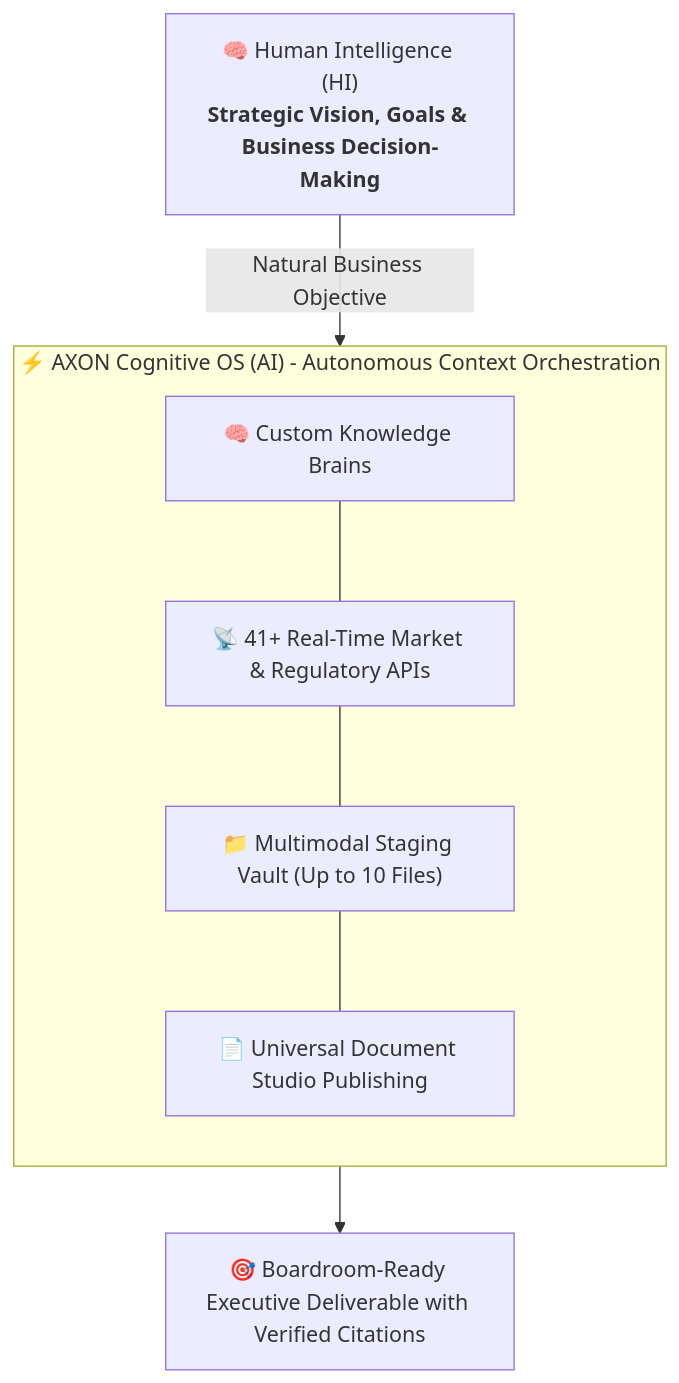
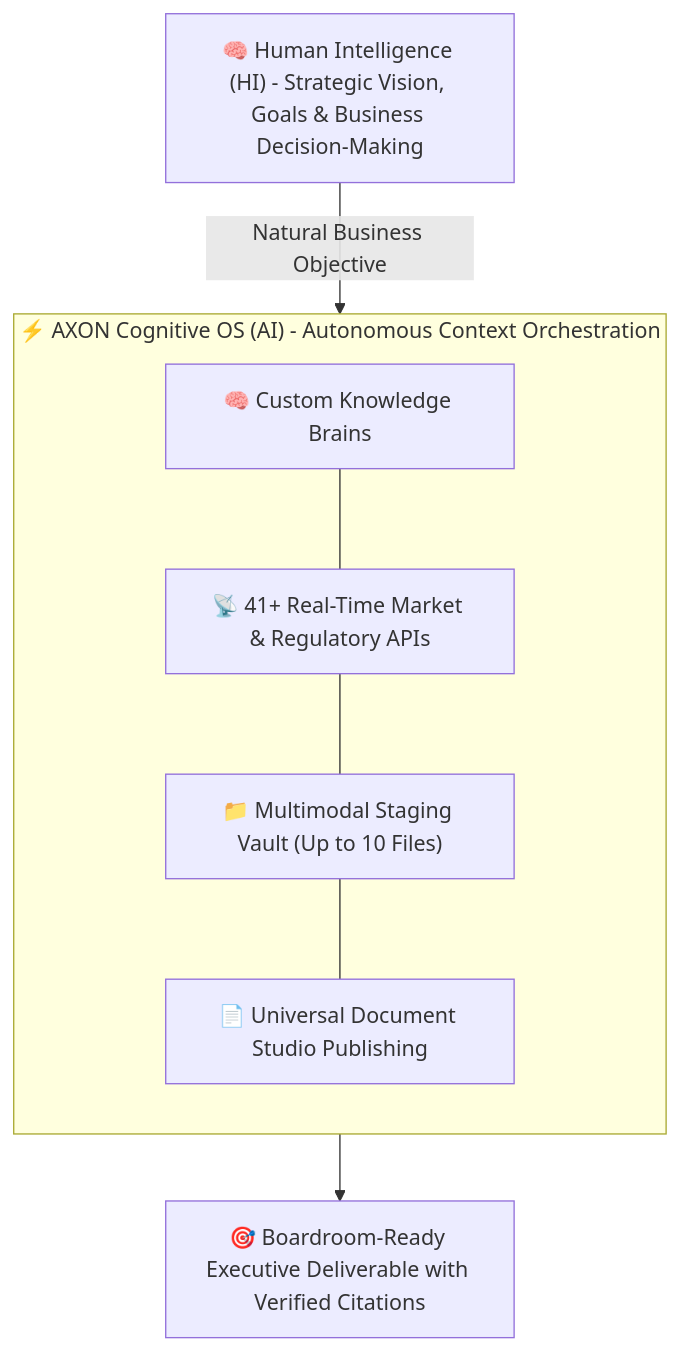
One commit to gosutox/gosutox-docs changed the diagram in get-started/philosophy-ai2.mdx. Above: the diagram before and after it, drawn with Mermaid. The commit also changed other lines of this file and 3 other files, not shown here.

````diff
--- a/get-started/philosophy-ai2.mdx
+++ b/get-started/philosophy-ai2.mdx
@@ -21,16 +21,16 @@
 ```mermaid
 flowchart TD
-    HI["🧠 Human Intelligence (HI)<br/><b>Strategic Vision, Goals & Business Decision-Making</b>"]
+    HI["🧠 Human Intelligence (HI) - Strategic Vision, Goals & Business Decision-Making"]
     HI -->|"Natural Business Objective"| AXON
 
     subgraph AXON["⚡ AXON Cognitive OS (AI) - Autonomous Context Orchestration"]
         direction TB
         B1["🧠 Custom Knowledge Brains"]
         B2["📡 41+ Real-Time Market & Regulatory APIs"]
         B3["📁 Multimodal Staging Vault (Up to 10 Files)"]
         B4["📄 Universal Document Studio Publishing"]
         B1 --- B2 --- B3 --- B4
     end
 
     AXON --> Output["🎯 Boardroom-Ready Executive Deliverable with Verified Citations"]
 ```
````
